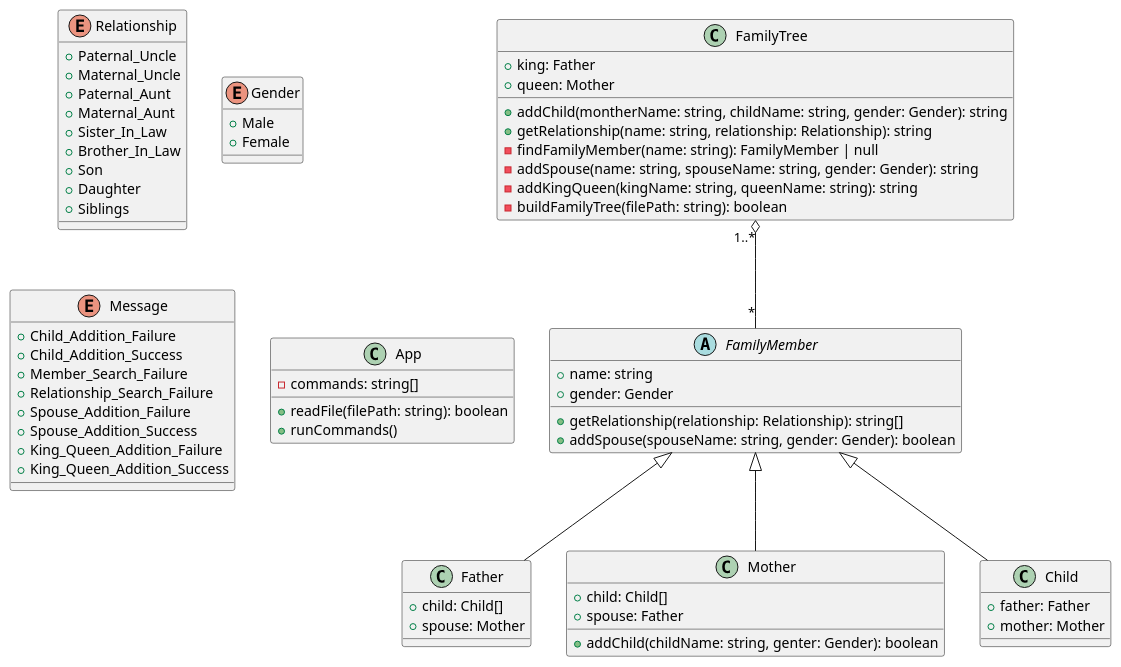
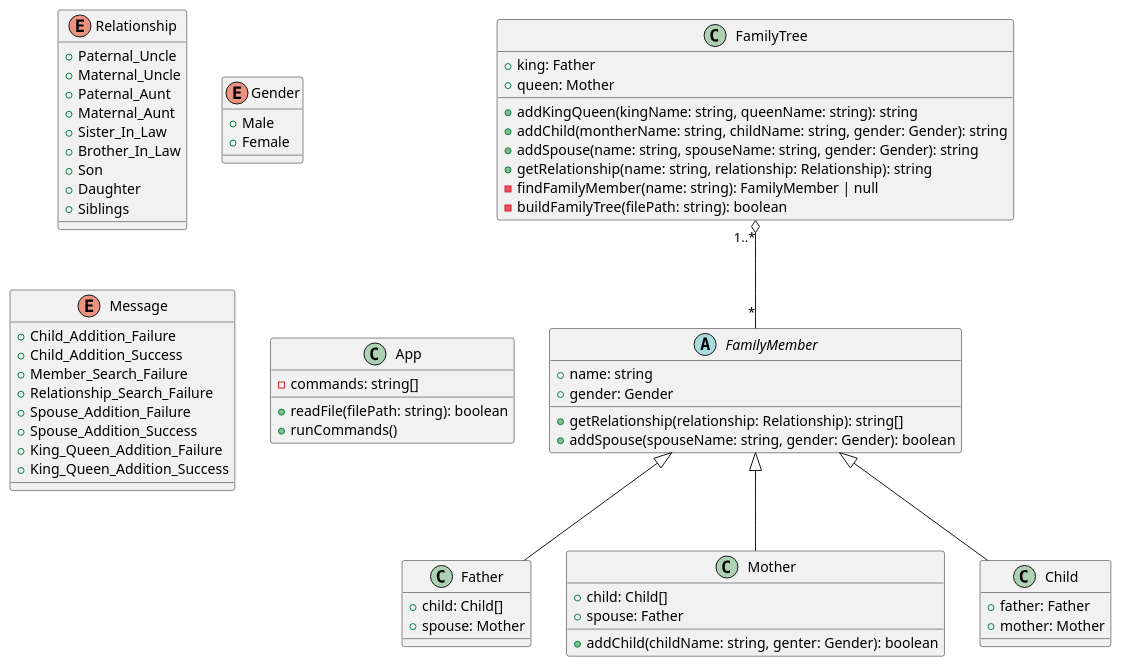
Before and after one commit to evaou/family-tree: the diagram in uml/class-diagram.puml, drawn with PlantUML.

Commit message:
update function scope

```diff
--- a/uml/class-diagram.puml
+++ b/uml/class-diagram.puml
@@ -1,77 +1,77 @@
 @startuml class diagram 
 
 enum Relationship {
    +Paternal_Uncle 
    +Maternal_Uncle
    +Paternal_Aunt
    +Maternal_Aunt
    +Sister_In_Law
    +Brother_In_Law
    +Son
    +Daughter
    +Siblings
 }
 
 enum Gender {
     +Male
     +Female
 }
 
 enum Message {
     +Child_Addition_Failure
     +Child_Addition_Success
     +Member_Search_Failure
     +Relationship_Search_Failure
     +Spouse_Addition_Failure
     +Spouse_Addition_Success
     +King_Queen_Addition_Failure
     +King_Queen_Addition_Success
 }
 
 class App {
     -commands: string[]
     +readFile(filePath: string): boolean
     +runCommands()
 }
 
 class FamilyTree {
     +king: Father
     +queen: Mother
+    +addKingQueen(kingName: string, queenName: string): string
     +addChild(montherName: string, childName: string, gender: Gender): string
+    +addSpouse(name: string, spouseName: string, gender: Gender): string
     +getRelationship(name: string, relationship: Relationship): string
     -findFamilyMember(name: string): FamilyMember | null 
-    -addSpouse(name: string, spouseName: string, gender: Gender): string
-    -addKingQueen(kingName: string, queenName: string): string
     -buildFamilyTree(filePath: string): boolean
 }
 
 abstract FamilyMember {
     +name: string
     +gender: Gender
     +getRelationship(relationship: Relationship): string[]
     +addSpouse(spouseName: string, gender: Gender): boolean
 }
 
 class Father {
     +child: Child[]
     +spouse: Mother
 }
 
 class Mother {
     +child: Child[]
     +spouse: Father 
     +addChild(childName: string, genter: Gender): boolean
 }
 
 class Child {
     +father: Father
     +mother: Mother
 }
 
 FamilyTree "1..*" o-- "*" FamilyMember
 
 FamilyMember <|-- Father
 FamilyMember <|--  Mother
 FamilyMember <|--  Child 
 
 @enduml
```
